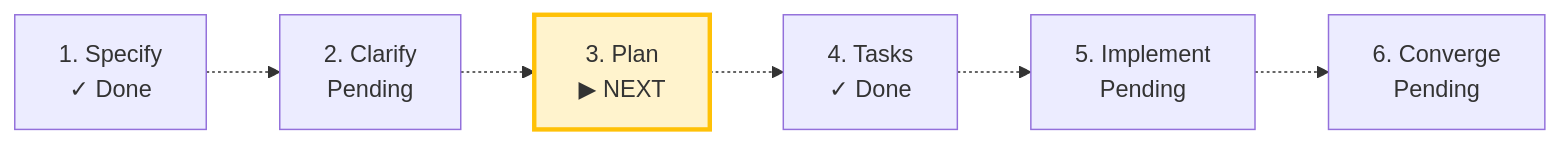
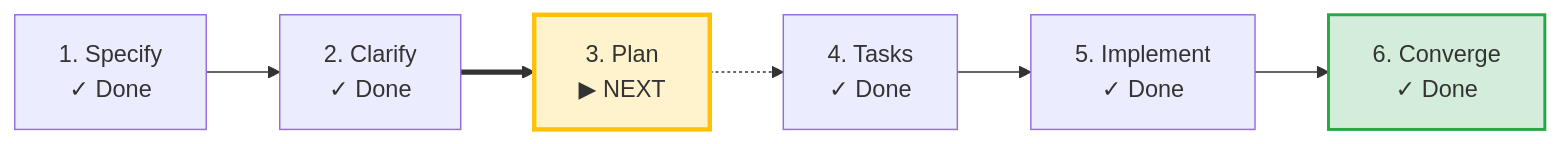
One commit to k-electron/flashrunner changed the diagram in specs/010-screen-transition-lock/lifecycle.md. Above: the diagram before and after it, drawn with Mermaid. The commit also changed other lines of this file and 4 other files, not shown here.

````diff
--- a/specs/010-screen-transition-lock/lifecycle.md
+++ b/specs/010-screen-transition-lock/lifecycle.md
@@ -81,9 +108,10 @@
 ```mermaid
 graph LR
-    S["1. Specify<br/>✓ Done"] -.-> C["2. Clarify<br/>Pending"]
-    C -.-> P["3. Plan<br/>▶ NEXT"]
+    S["1. Specify<br/>✓ Done"] --> C["2. Clarify<br/>✓ Done"]
+    C ==> P["3. Plan<br/>▶ NEXT"]
     P -.-> T["4. Tasks<br/>✓ Done"]
-    T -.-> I["5. Implement<br/>Pending"]
-    I -.-> V["6. Converge<br/>Pending"]
+    T --> I["5. Implement<br/>✓ Done"]
+    I --> V["6. Converge<br/>✓ Done"]
+    style V fill:#d4edda,stroke:#28a745,stroke-width:2px
     style P fill:#fff3cd,stroke:#ffc107,stroke-width:3px
 ```
````
